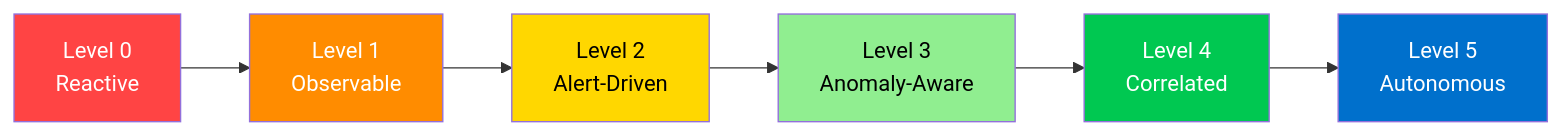
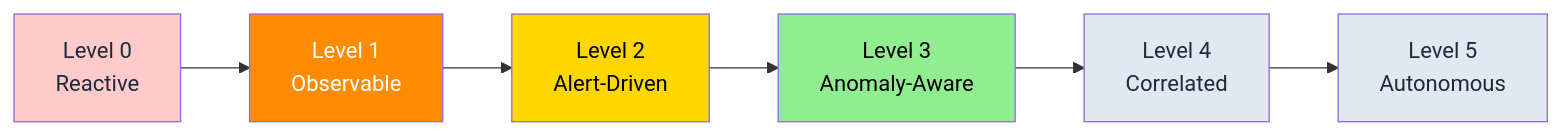
One commit to XUanhoa04/aiops-engineering-handbook changed the fourth of 10 diagrams in docs/en/00-introduction.md. Above: the diagram before and after it, drawn with Mermaid. The commit also changed other lines of this file and 39 other files, not shown here.

First line of the commit message:
docs: concept-first Ch.08-12, collapse code, soft Mermaid colors

````diff
--- a/docs/en/00-introduction.md
+++ b/docs/en/00-introduction.md
@@ -397,15 +397,15 @@
 ```mermaid
 graph LR
     L0[Level 0\nReactive] --> L1[Level 1\nObservable]
     L1 --> L2[Level 2\nAlert-Driven]
     L2 --> L3[Level 3\nAnomaly-Aware]
     L3 --> L4[Level 4\nCorrelated]
     L4 --> L5[Level 5\nAutonomous]
 
-    style L0 fill:#ff4444,color:#fff
+    style L0 fill:#fecaca,color:#1e293b
     style L1 fill:#ff8c00,color:#fff
     style L2 fill:#ffd700,color:#000
     style L3 fill:#90ee90,color:#000
-    style L4 fill:#00c851,color:#fff
-    style L5 fill:#0070cc,color:#fff
+    style L4 fill:#e2e8f0,color:#1e293b
+    style L5 fill:#e2e8f0,color:#1e293b
 ```
````
